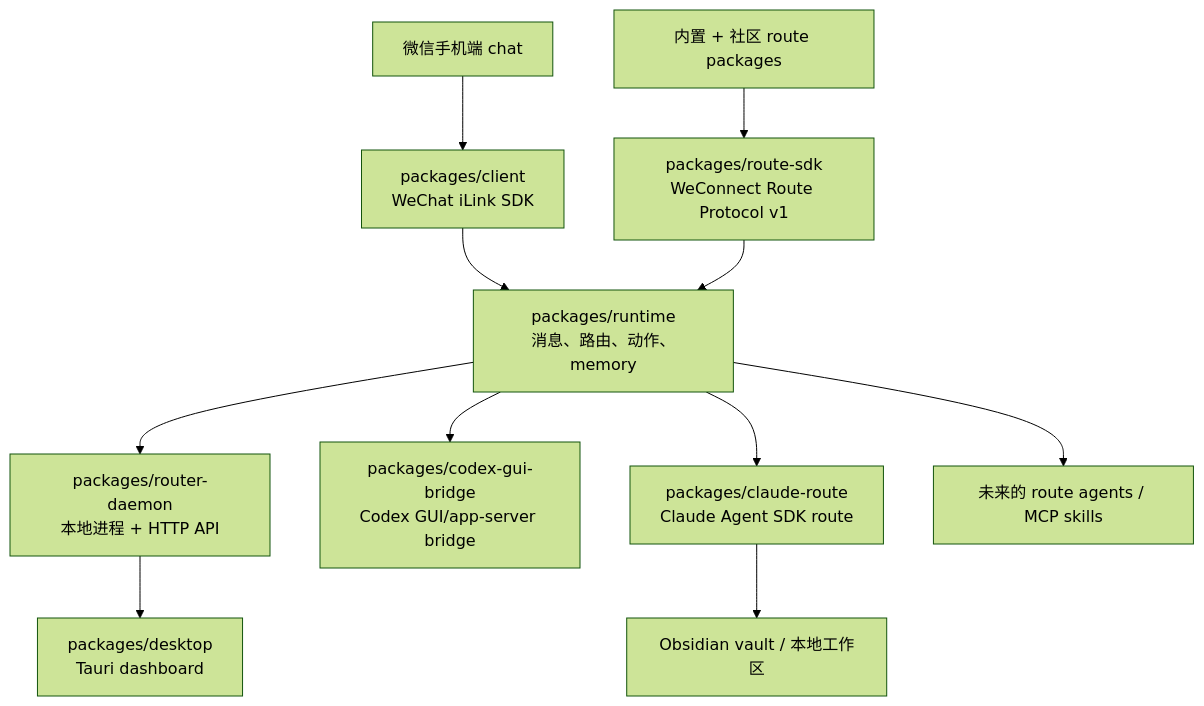
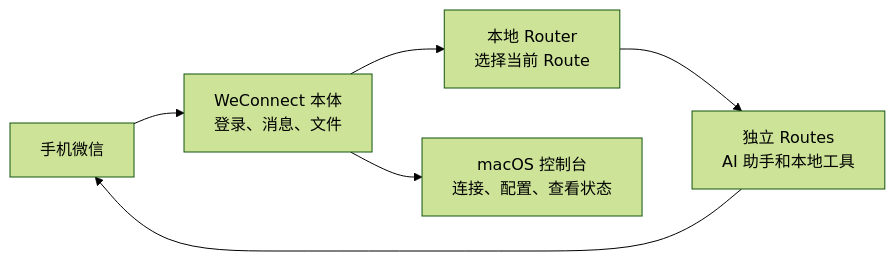
The diagram in README.zh_CN.md (WillbsoluteVodka/wechat2all), drawn with Mermaid (forest theme) before and after one commit. The commit also changed other lines of this file and 2 other files, not shown here.

Commit message:
Refresh WeConnect README

````diff
--- a/README.zh_CN.md
+++ b/README.zh_CN.md
@@ -12,13 +77,8 @@
 ```mermaid
-flowchart TD
-  W["微信手机端 chat"] --> C["packages/client<br/>WeChat iLink SDK"]
-  C --> R["packages/runtime<br/>消息、路由、动作、memory"]
-  S["packages/route-sdk<br/>WeConnect Route Protocol v1"] --> R
-  P["内置 + 社区 route packages"] --> S
-  R --> D["packages/router-daemon<br/>本地进程 + HTTP API"]
-  D --> UI["packages/desktop<br/>Tauri dashboard"]
-  R --> CG["packages/codex-gui-bridge<br/>Codex GUI/app-server bridge"]
-  R --> CL["packages/claude-route<br/>Claude Agent SDK route"]
-  CL --> V["Obsidian vault / 本地工作区"]
-  R --> A["未来的 route agents / MCP skills"]
+flowchart LR
+  W["手机微信"] --> C["WeConnect 本体<br/>登录、消息、文件"]
+  C --> R["本地 Router<br/>选择当前 Route"]
+  R --> P["独立 Routes<br/>AI 助手和本地工具"]
+  C --> D["macOS 控制台<br/>连接、配置、查看状态"]
+  P --> W
 ```
````
